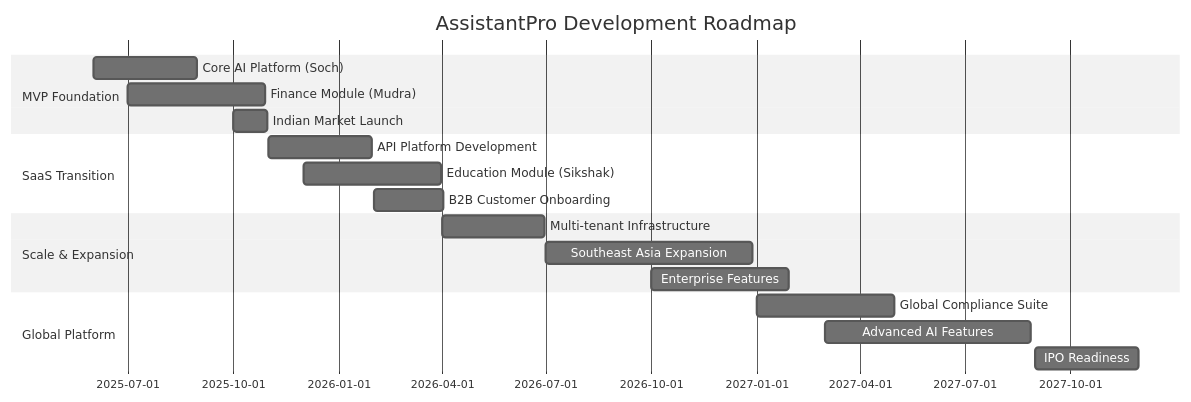
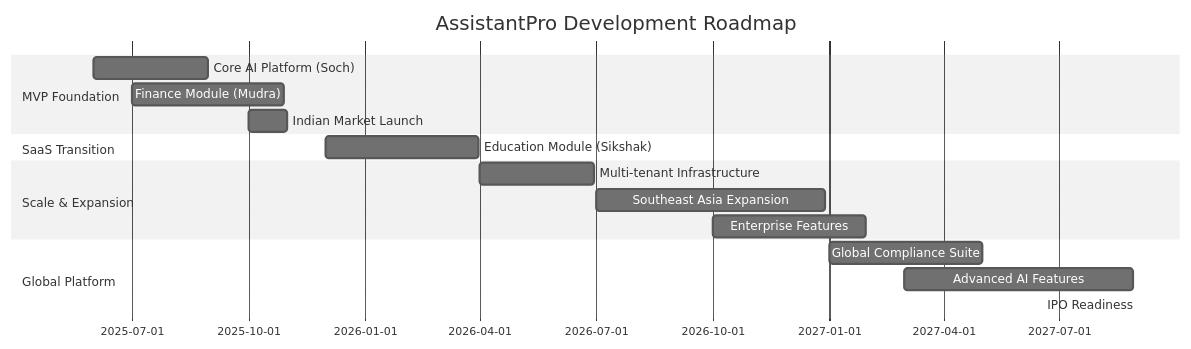
One commit to jxlee007/SHIKSHAK changed the diagram in ROADMAP.md. Above: the diagram before and after it, drawn with Mermaid (neutral theme). The commit also changed other lines of this file and 30 other files, not shown here.

````diff
--- a/ROADMAP.md
+++ b/ROADMAP.md
@@ -12,24 +12,22 @@
 ```mermaid
 gantt
     title AssistantPro Development Roadmap
     dateFormat  YYYY-MM-DD
     section MVP Foundation
     Core AI Platform (Soch)     :2025-06-01, 90d
     Finance Module (Mudra)      :2025-07-01, 120d
     Indian Market Launch        :2025-10-01, 30d
     
     section SaaS Transition
-    API Platform Development    :2025-11-01, 90d
     Education Module (Sikshak)  :2025-12-01, 120d
-    B2B Customer Onboarding    :2026-02-01, 60d
     
     section Scale & Expansion
     Multi-tenant Infrastructure :2026-04-01, 90d
     Southeast Asia Expansion    :2026-07-01, 180d
     Enterprise Features         :2026-10-01, 120d
     
     section Global Platform
     Global Compliance Suite     :2027-01-01, 120d
     Advanced AI Features        :2027-03-01, 180d
-    IPO Readiness              :2027-09-01, 90d
+    IPO Readiness              :2027-09-01, 90
 ```
````
